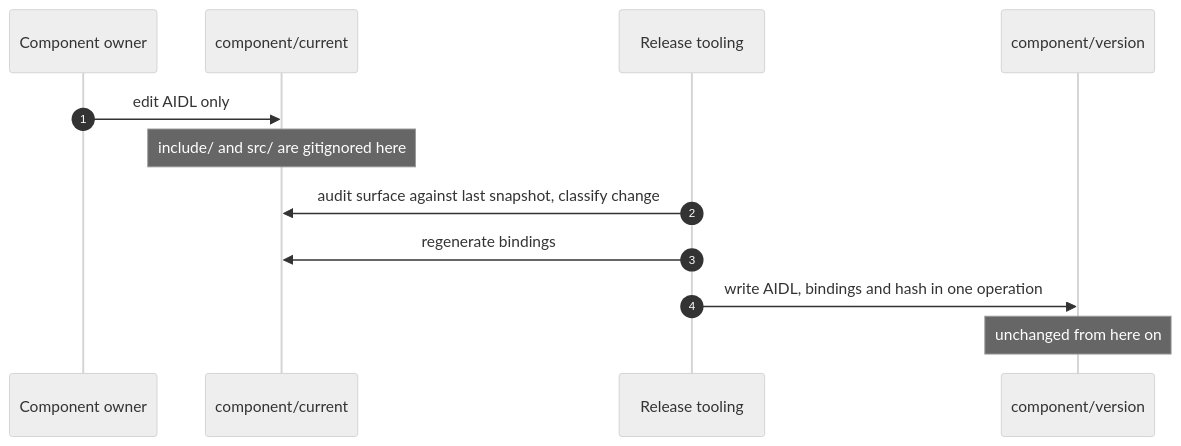
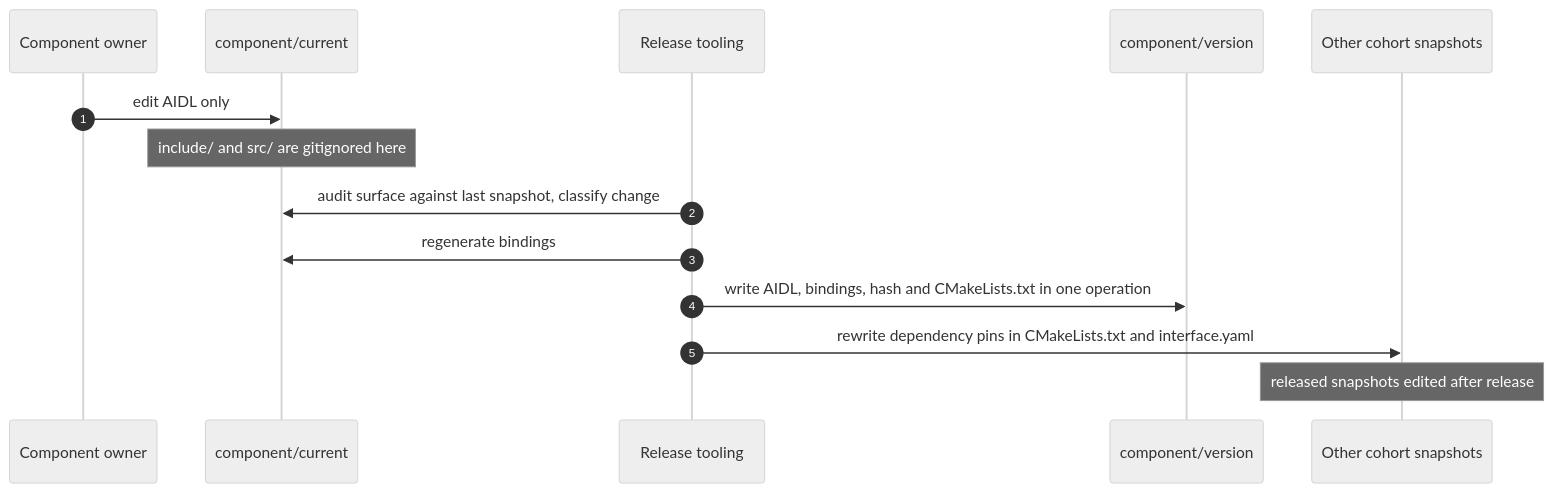
One commit to rdkcentral/rdk-halif-aidl changed the third of 3 diagrams in docs/architecture/hla-released-snapshot-contents.md. Above: the diagram before and after it, drawn with Mermaid (neutral theme). The commit also changed other lines of this file, not shown here.

First line of the commit message:
docs(architecture): describe the snapshot as it stands on develop (#797)

````diff
--- a/docs/architecture/hla-released-snapshot-contents.md
+++ b/docs/architecture/hla-released-snapshot-contents.md
@@ -192,15 +194,17 @@
 ```mermaid
 sequenceDiagram
     autonumber
     participant Dev as Component owner
     participant Cur as component/current
     participant Rel as Release tooling
     participant Snap as component/version
+    participant Other as Other cohort snapshots
 
     Dev->>Cur: edit AIDL only
     Note over Cur: include/ and src/ are gitignored here
     Rel->>Cur: audit surface against last snapshot, classify change
     Rel->>Cur: regenerate bindings
-    Rel->>Snap: write AIDL, bindings and hash in one operation
-    Note over Snap: unchanged from here on
+    Rel->>Snap: write AIDL, bindings, hash and CMakeLists.txt in one operation
+    Rel->>Other: rewrite dependency pins in CMakeLists.txt and interface.yaml
+    Note over Other: released snapshots edited after release
 ```
````
